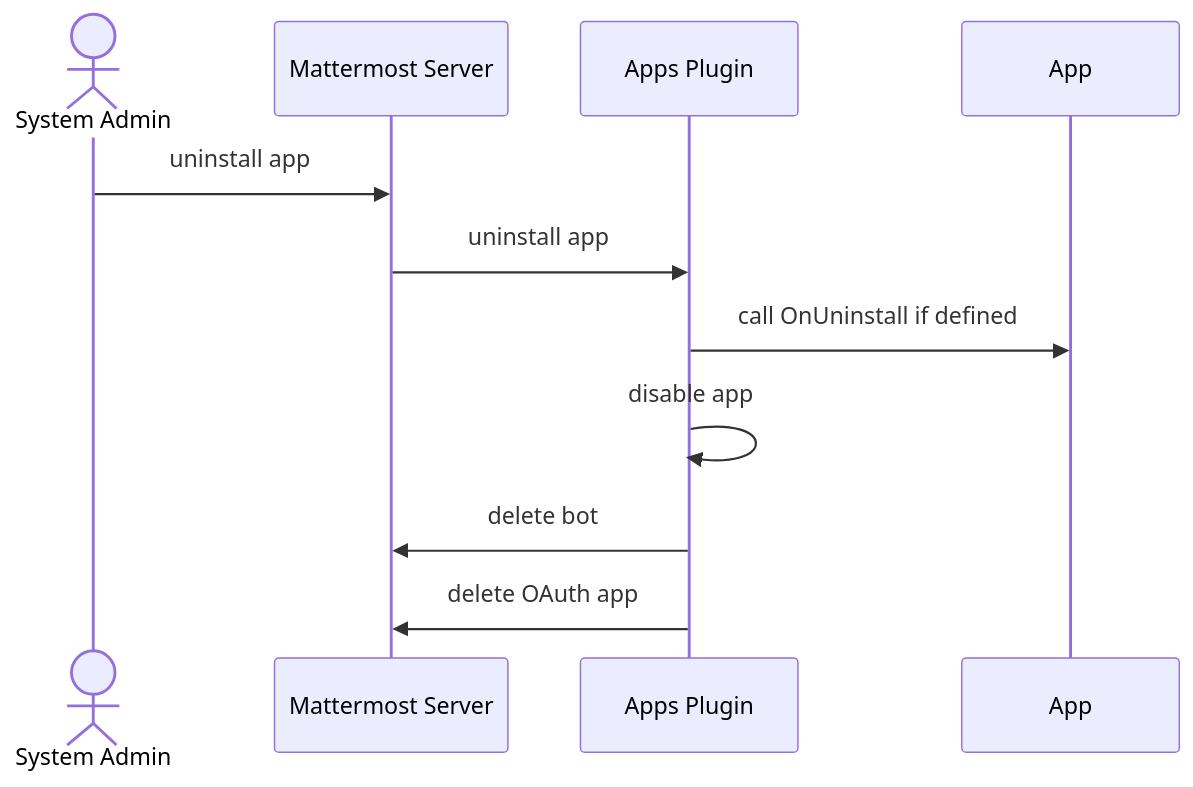
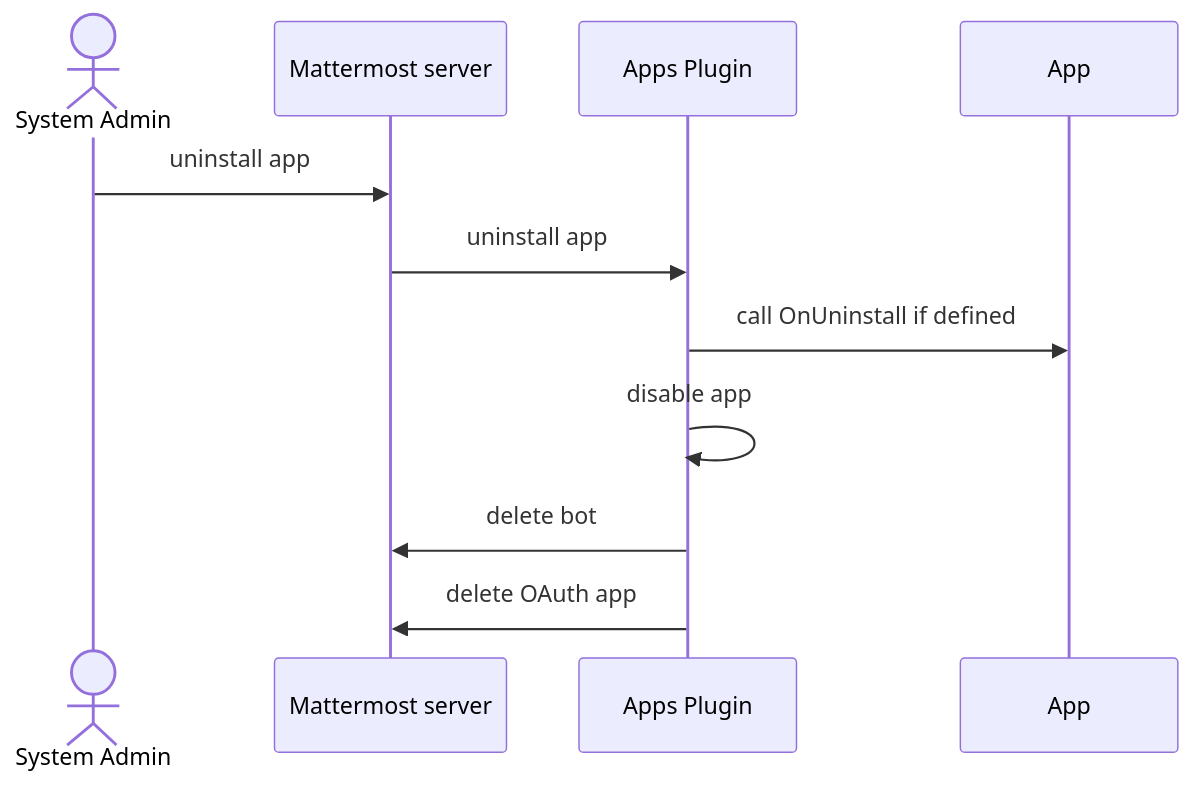
One commit to mattermost/mattermost-developer-documentation changed the second of 2 diagrams in site/content/integrate/apps/lifecycle/_index.md. Above: the diagram before and after it, drawn with Mermaid. The commit also changed other lines of this file and 1 other file, not shown here.

```diff
--- a/site/content/integrate/apps/lifecycle/_index.md
+++ b/site/content/integrate/apps/lifecycle/_index.md
@@ -58,10 +58,10 @@
 {{<mermaid>}}
 sequenceDiagram
     actor System Admin
-    System Admin->>Mattermost Server: uninstall app
-    Mattermost Server->>Apps Plugin: uninstall app
+    System Admin->>Mattermost server: uninstall app
+    Mattermost server->>Apps Plugin: uninstall app
     Apps Plugin->>App: call OnUninstall if defined
     Apps Plugin->>Apps Plugin: disable app
-    Apps Plugin->>Mattermost Server: delete bot
-    Apps Plugin->>Mattermost Server: delete OAuth app
+    Apps Plugin->>Mattermost server: delete bot
+    Apps Plugin->>Mattermost server: delete OAuth app
 {{</mermaid>}}
```
